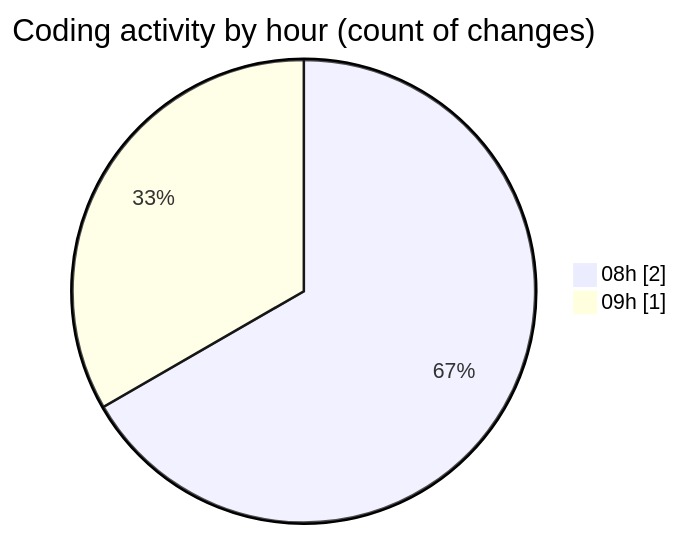
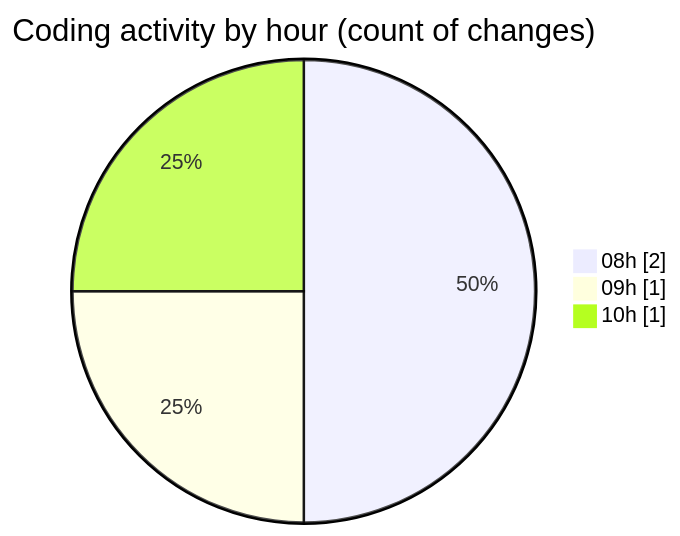
One commit to nxtqubesakshisongat/code-tracking changed the second of 2 diagrams in 2025-10-09/nxtqube_webapp/README.md. Above: the diagram before and after it, drawn with Mermaid. The commit also changed other lines of this file and 1 other file, not shown here.

````diff
--- a/2025-10-09/nxtqube_webapp/README.md
+++ b/2025-10-09/nxtqube_webapp/README.md
@@ -28,6 +28,7 @@
 ```mermaid
 pie showData
 title Coding activity by hour (count of changes)
 "08h" : 2
 "09h" : 1
+"10h" : 1
 ```
````
